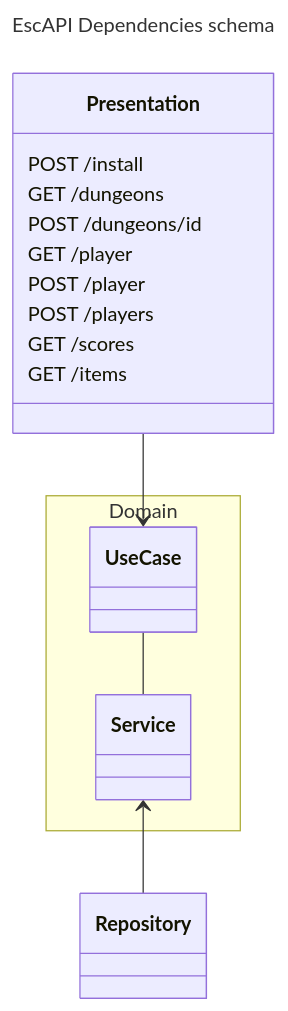
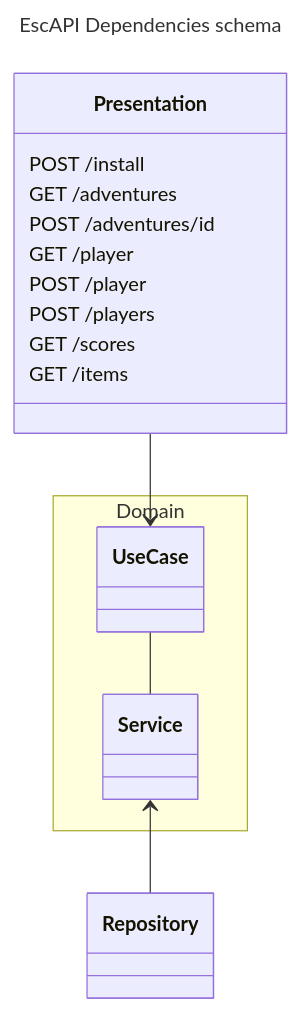
Before and after one commit to Yopadd/adventure-crawler: the diagram in docs/dependencies-schema.mmd, drawn with Mermaid. The commit also changed 75 other files, not shown here.

```diff
--- a/docs/dependencies-schema.mmd
+++ b/docs/dependencies-schema.mmd
@@ -1,23 +1,23 @@
 ---
 title: EscAPI Dependencies schema
 ---
 classDiagram
   Presentation --> UseCase
   UseCase -- Service
   Service <-- Repository
 
   namespace Domain {
     class UseCase
     class Service
   }
 
   class Presentation {
     POST /install
-    GET /dungeons
-    POST /dungeons/id
+    GET /adventures
+    POST /adventures/id
     GET /player
     POST /player
     POST /players
     GET /scores
     GET /items
   }
```
